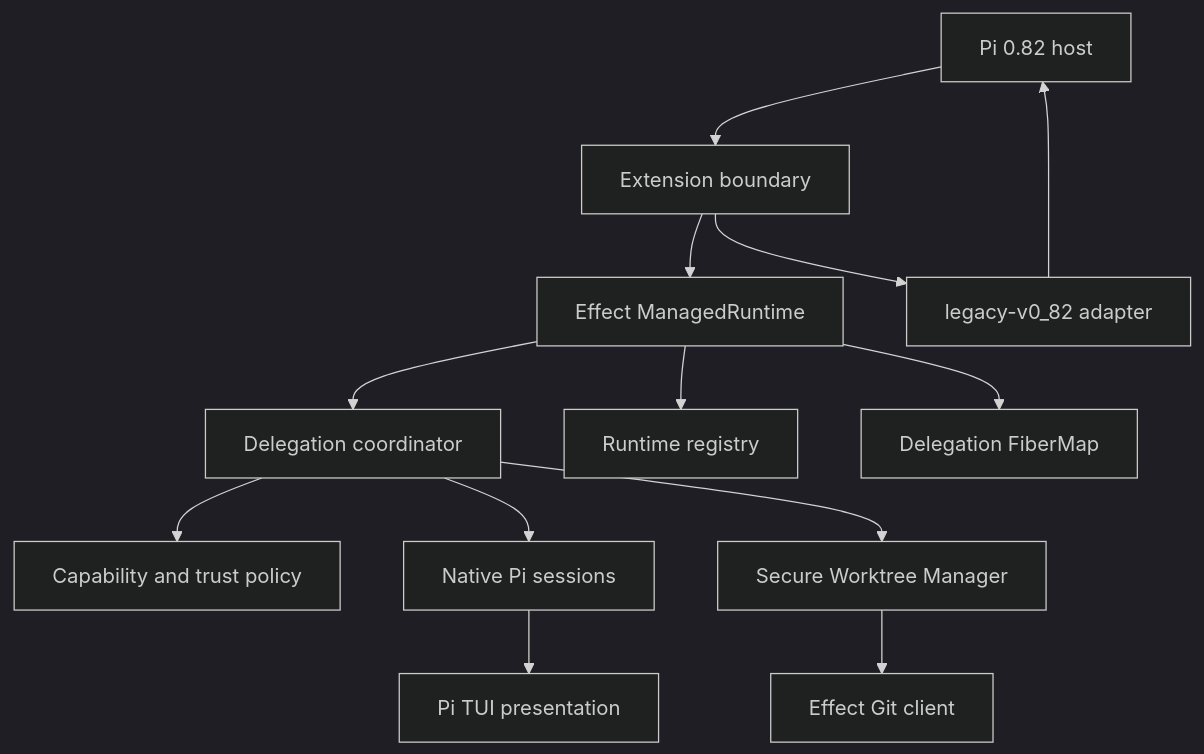
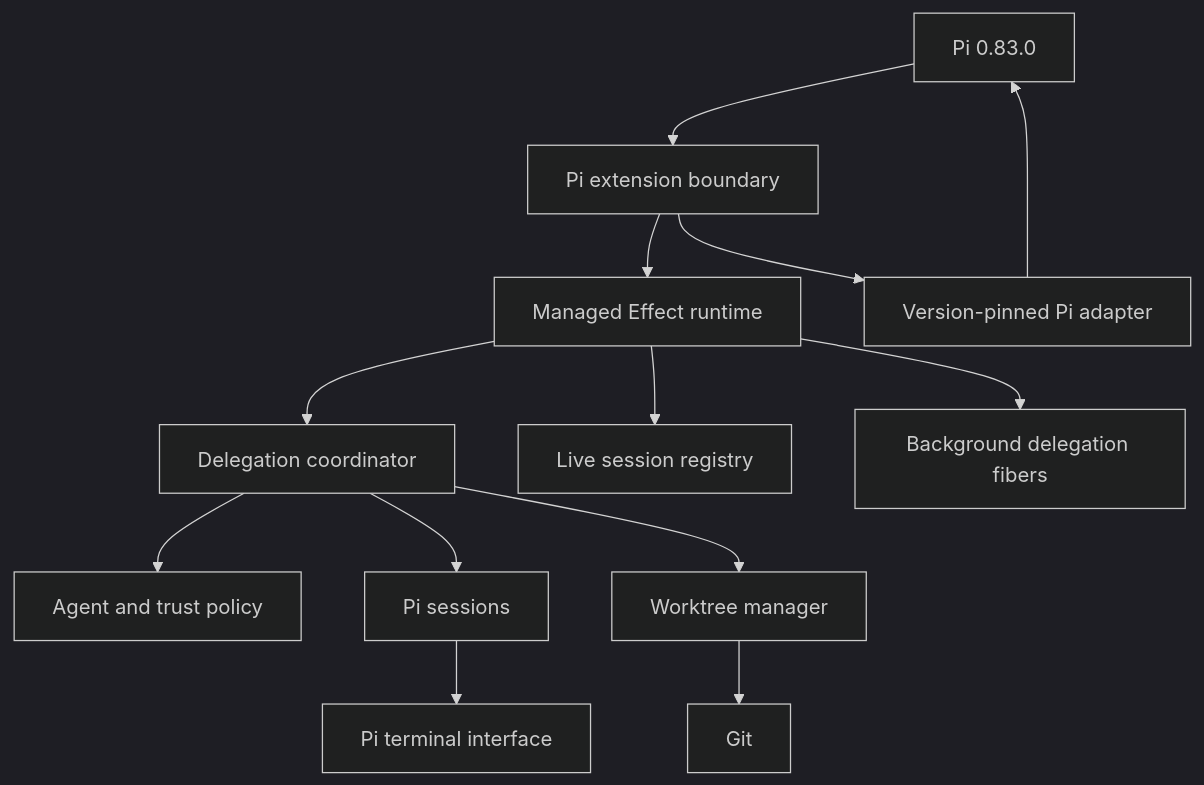
One commit to CodeByPeete/pi-gentic changed the diagram in README.md. Above: the diagram before and after it, drawn with Mermaid (dark theme). The commit also changed other lines of this file and 5 other files, not shown here.

````diff
--- a/README.md
+++ b/README.md
@@ -290,15 +446,15 @@
 ```mermaid
 flowchart TD
-    Pi[Pi 0.82 host] --> Boundary[Extension boundary]
-    Boundary --> Runtime[Effect ManagedRuntime]
+    Pi[Pi 0.83.0] --> Boundary[Pi extension boundary]
+    Boundary --> Runtime[Managed Effect runtime]
     Runtime --> Coordinator[Delegation coordinator]
-    Runtime --> Registry[Runtime registry]
-    Runtime --> Fibers[Delegation FiberMap]
-    Coordinator --> Policy[Capability and trust policy]
-    Coordinator --> Sessions[Native Pi sessions]
-    Coordinator --> Worktrees[Secure Worktree Manager]
-    Worktrees --> Git[Effect Git client]
-    Sessions --> UI[Pi TUI presentation]
-    Boundary --> Legacy[legacy-v0_82 adapter]
-    Legacy --> Pi
+    Runtime --> Registry[Live session registry]
+    Runtime --> Fibers[Background delegation fibers]
+    Coordinator --> Policy[Agent and trust policy]
+    Coordinator --> Sessions[Pi sessions]
+    Coordinator --> Worktrees[Worktree manager]
+    Worktrees --> Git[Git]
+    Sessions --> UI[Pi terminal interface]
+    Boundary --> Adapter[Version-pinned Pi adapter]
+    Adapter --> Pi
 ```
````
